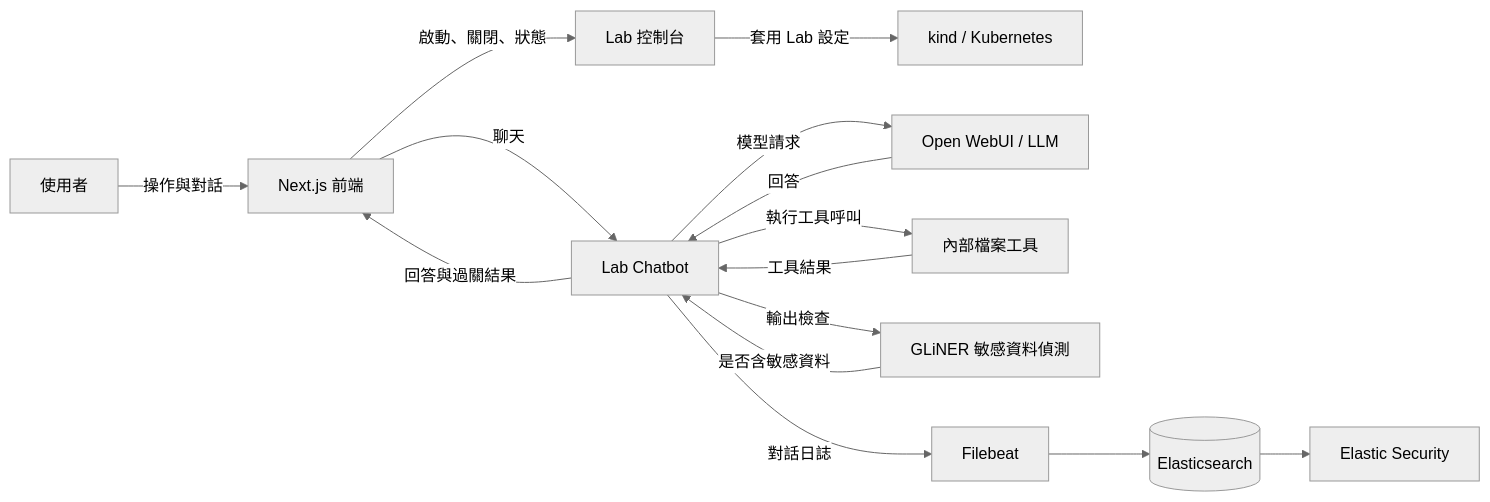
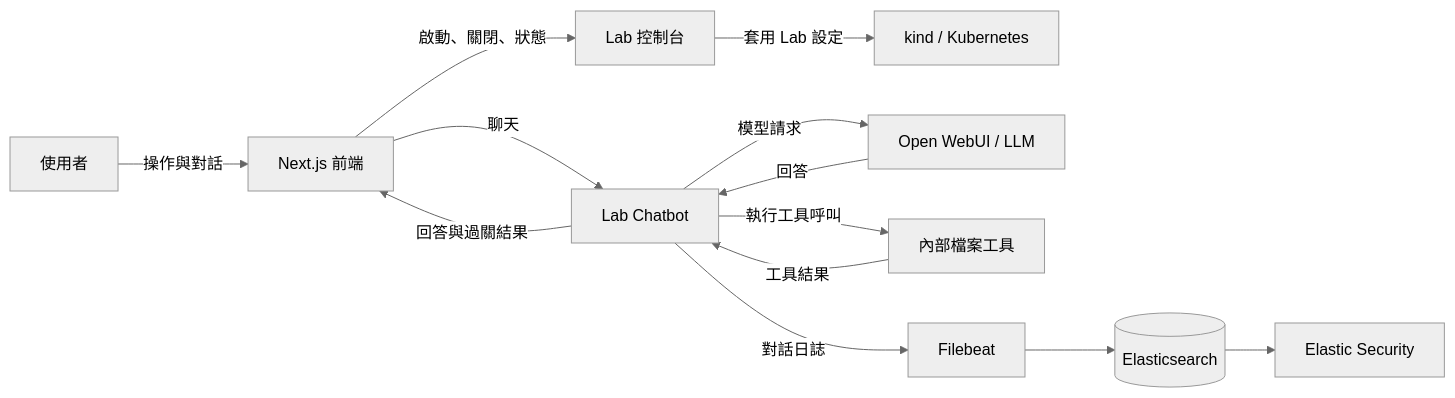
The diagram in README.md (nora6633/ai-security-prlab), drawn with Mermaid (neutral theme) before and after one commit. The commit also changed other lines of this file and 15 other files, not shown here.

````diff
--- a/README.md
+++ b/README.md
@@ -7,17 +7,15 @@
 ```mermaid
 flowchart LR
     U[使用者] -->|操作與對話| UI[Next.js 前端]
     UI -->|啟動、關閉、狀態| C[Lab 控制台]
     C -->|套用 Lab 設定| K["kind / Kubernetes"]
     UI -->|聊天| B[Lab Chatbot]
     B -->|模型請求| O[Open WebUI / LLM]
     B -->|執行工具呼叫| T[內部檔案工具]
     T -->|工具結果| B
     O -->|回答| B
-    B -->|輸出檢查| M[GLiNER 敏感資料偵測]
-    M -->|是否含敏感資料| B
     B -->|回答與過關結果| UI
     B -->|對話日誌| F[Filebeat]
     F --> E[(Elasticsearch)]
     E --> S[Elastic Security]
 ```
````
